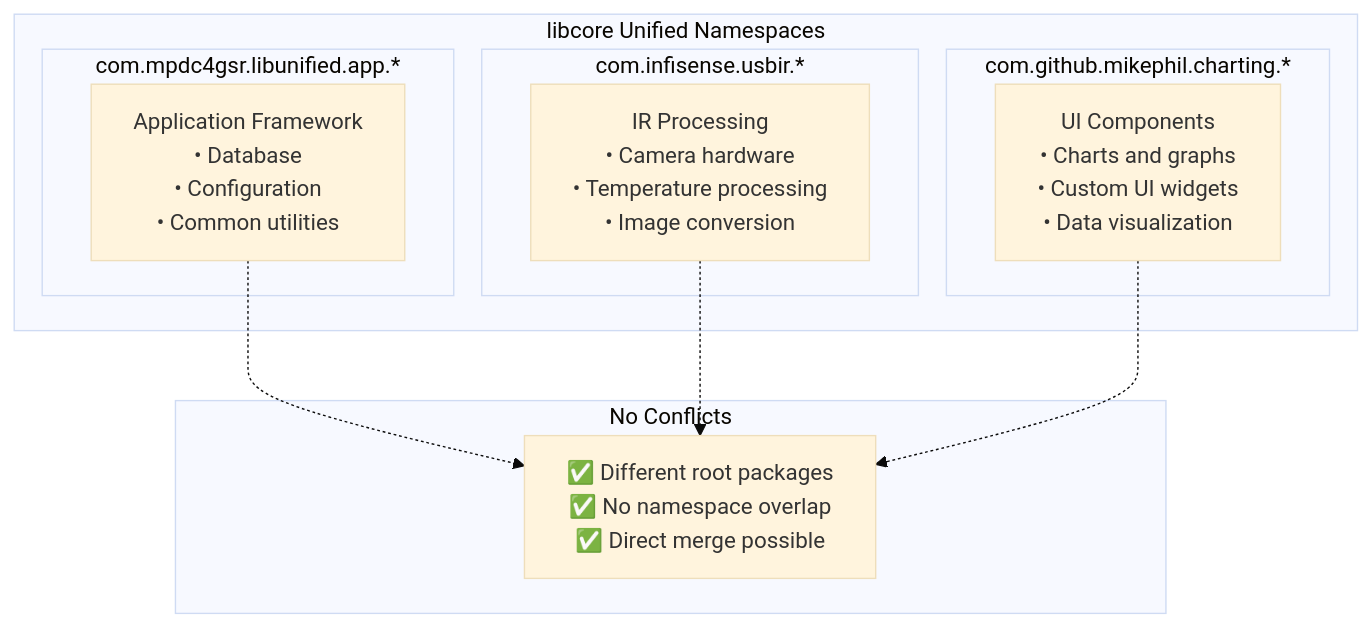
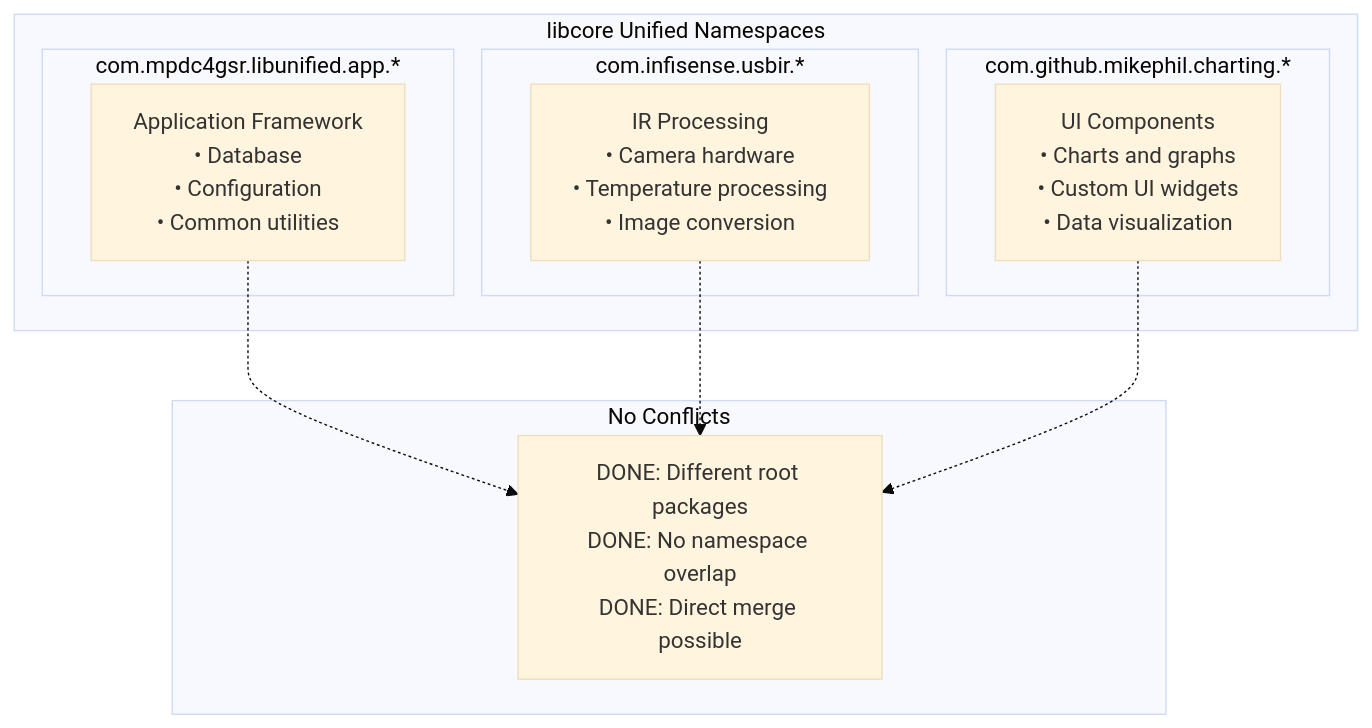
The tenth of 13 diagrams in MERMAID_DIAGRAMS.md (uclgsr/IRCamera), drawn with Mermaid (base theme) before and after one commit. The commit also changed other lines of this file and 4 other files, not shown here.

````diff
--- a/MERMAID_DIAGRAMS.md
+++ b/MERMAID_DIAGRAMS.md
@@ -529,24 +529,24 @@
 ```mermaid
 graph TB
     subgraph "libcore Unified Namespaces"
         subgraph "com.mpdc4gsr.libunified.app.*"
             AppFramework[Application Framework<br/>• Database<br/>• Configuration<br/>• Common utilities]
         end
         
         subgraph "com.infisense.usbir.*"
             IRProcessing[IR Processing<br/>• Camera hardware<br/>• Temperature processing<br/>• Image conversion]
         end
         
         subgraph "com.github.mikephil.charting.*"
             UIComponents[UI Components<br/>• Charts and graphs<br/>• Custom UI widgets<br/>• Data visualization]
         end
     end
     
     subgraph "No Conflicts"
-        NoConflicts[✅ Different root packages<br/>✅ No namespace overlap<br/>✅ Direct merge possible]
+        NoConflicts[DONE: Different root packages<br/>DONE: No namespace overlap<br/>DONE: Direct merge possible]
     end
     
     AppFramework -.-> NoConflicts
     IRProcessing -.-> NoConflicts
     UIComponents -.-> NoConflicts
 ```
````
